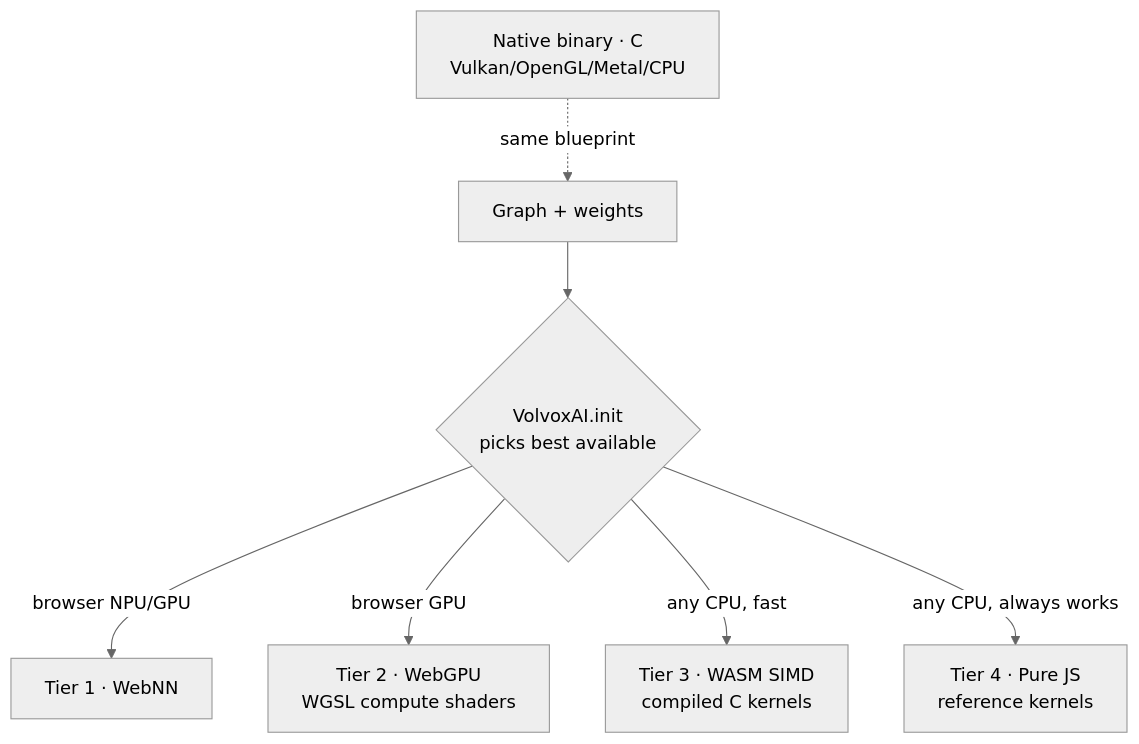
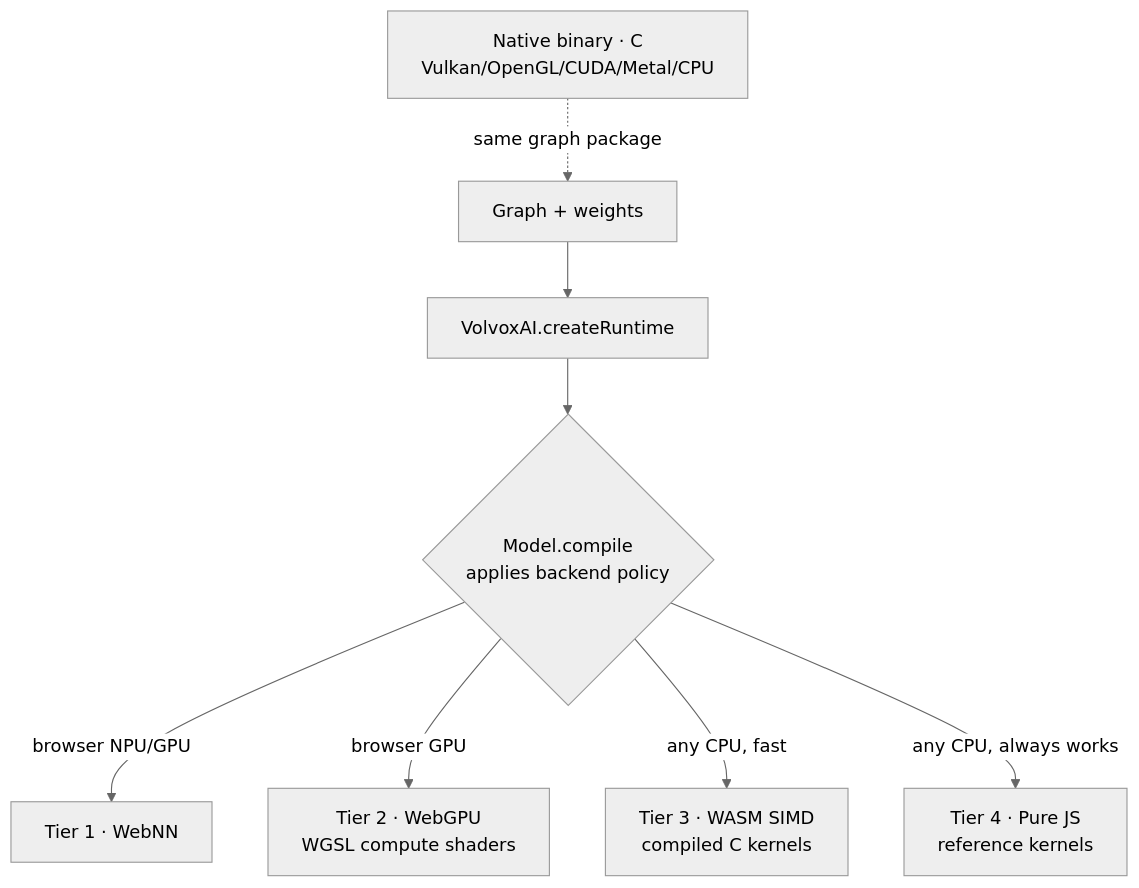
Before and after one commit to ivere27/volvoxai: the diagram in docs/textbook/01-foundations.md, drawn with Mermaid (neutral theme). The commit also changed other lines of this file and 810 other files, not shown here.

````diff
--- a/docs/textbook/01-foundations.md
+++ b/docs/textbook/01-foundations.md
@@ -237,9 +299,10 @@
 ```mermaid
 flowchart TD
-    G[Graph + weights] --> SEL{VolvoxAI.init<br/>picks best available}
+    G[Graph + weights] --> R[VolvoxAI.createRuntime]
+    R --> SEL{Model.compile<br/>applies backend policy}
     SEL -->|browser NPU/GPU| T1[Tier 1 · WebNN]
     SEL -->|browser GPU| T2[Tier 2 · WebGPU<br/>WGSL compute shaders]
     SEL -->|any CPU, fast| T3[Tier 3 · WASM SIMD<br/>compiled C kernels]
     SEL -->|any CPU, always works| T4[Tier 4 · Pure JS<br/>reference kernels]
-    N[Native binary · C<br/>Vulkan/OpenGL/Metal/CPU] -.same blueprint.-> G
+    N[Native binary · C<br/>Vulkan/OpenGL/CUDA/Metal/CPU] -.same graph package.-> G
 ```
````
